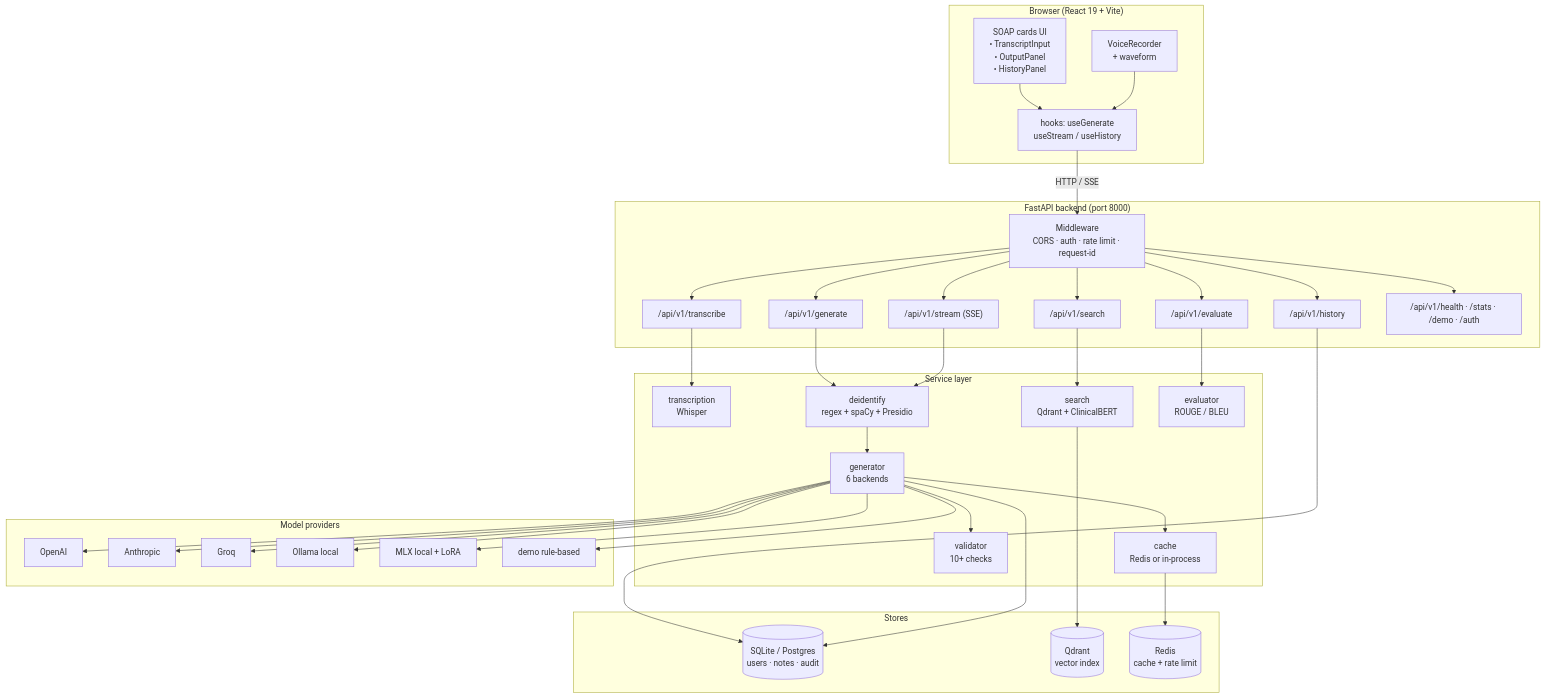
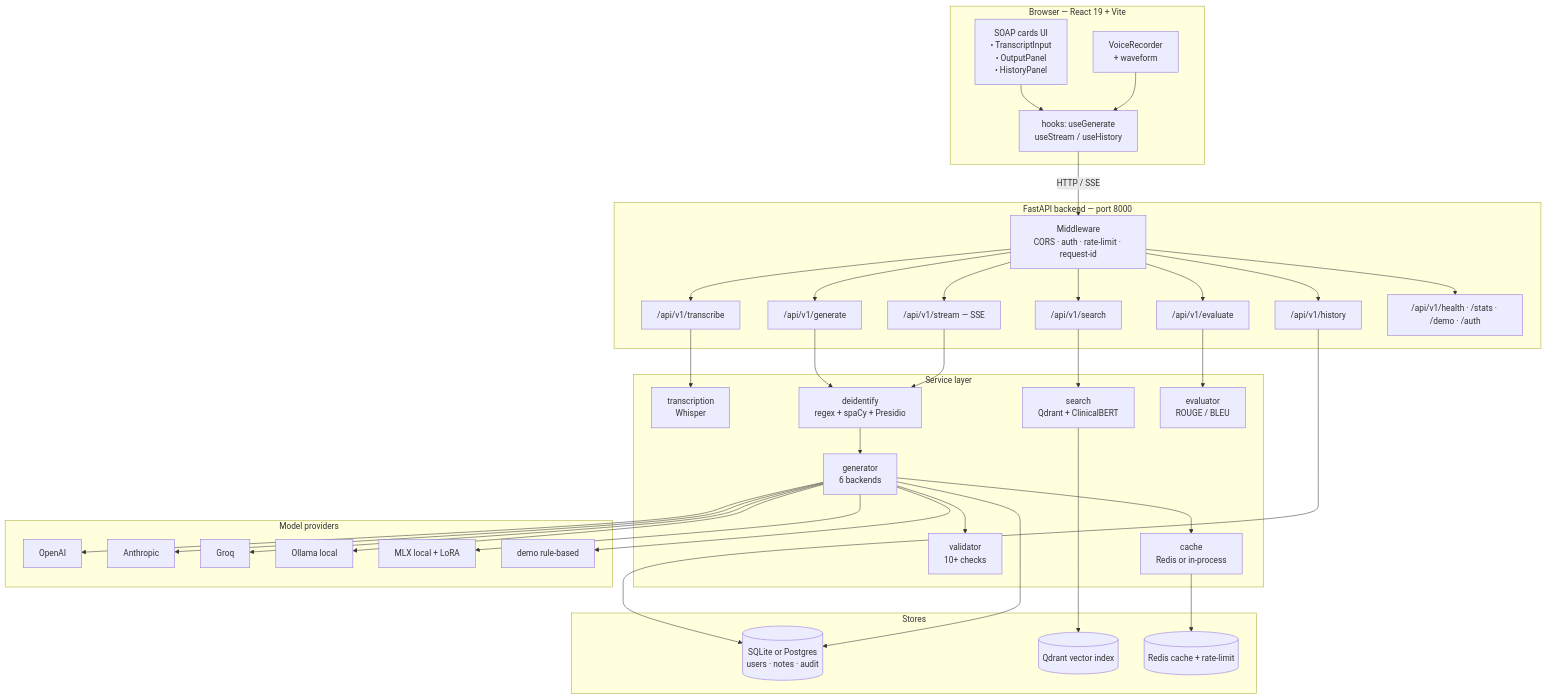
The second of 6 diagrams in README.md (sushildalavi/SOAPFlow-Clinical-Transcript-to-SOAP-Note-Platform), drawn with Mermaid before and after one commit. The commit also changed other lines of this file, not shown here.

Commit message:
harden mermaid: drop xychart-beta (was failing chunk-load), quote cylinder labels, depara sequence diagrams

````diff
--- a/README.md
+++ b/README.md
@@ -115,57 +115,57 @@
 ```mermaid
 flowchart TB
-    subgraph Client["Browser (React 19 + Vite)"]
-        UI[SOAP cards UI<br/>• TranscriptInput<br/>• OutputPanel<br/>• HistoryPanel]
-        REC[VoiceRecorder<br/>+ waveform]
-        HK[hooks: useGenerate<br/>useStream / useHistory]
+    subgraph Client["Browser — React 19 + Vite"]
+        UI["SOAP cards UI<br/>• TranscriptInput<br/>• OutputPanel<br/>• HistoryPanel"]
+        REC["VoiceRecorder<br/>+ waveform"]
+        HK["hooks: useGenerate<br/>useStream / useHistory"]
     end
 
-    subgraph API["FastAPI backend (port 8000)"]
-        MW[Middleware<br/>CORS · auth · rate limit · request-id]
+    subgraph API["FastAPI backend — port 8000"]
+        MW["Middleware<br/>CORS · auth · rate-limit · request-id"]
         R1["/api/v1/transcribe"]
         R2["/api/v1/generate"]
-        R3["/api/v1/stream (SSE)"]
+        R3["/api/v1/stream — SSE"]
         R4["/api/v1/history"]
         R5["/api/v1/search"]
         R6["/api/v1/evaluate"]
         R7["/api/v1/health · /stats · /demo · /auth"]
     end
 
     subgraph Services["Service layer"]
-        S1[transcription<br/>Whisper]
-        S2[deidentify<br/>regex + spaCy + Presidio]
-        S3[generator<br/>6 backends]
-        S4[validator<br/>10+ checks]
-        S5[cache<br/>Redis or in-process]
-        S6[search<br/>Qdrant + ClinicalBERT]
-        S7[evaluator<br/>ROUGE / BLEU]
+        S1["transcription<br/>Whisper"]
+        S2["deidentify<br/>regex + spaCy + Presidio"]
+        S3["generator<br/>6 backends"]
+        S4["validator<br/>10+ checks"]
+        S5["cache<br/>Redis or in-process"]
+        S6["search<br/>Qdrant + ClinicalBERT"]
+        S7["evaluator<br/>ROUGE / BLEU"]
     end
 
     subgraph Stores["Stores"]
-        DB[(SQLite / Postgres<br/>users · notes · audit)]
-        Q[(Qdrant<br/>vector index)]
-        RD[(Redis<br/>cache + rate limit)]
+        DB[("SQLite or Postgres<br/>users · notes · audit")]
+        Q[("Qdrant vector index")]
+        RD[("Redis cache + rate-limit")]
     end
 
     subgraph LLM["Model providers"]
         P1[OpenAI]
         P2[Anthropic]
         P3[Groq]
         P4[Ollama local]
         P5[MLX local + LoRA]
         P6[demo rule-based]
     end
 
     UI --> HK
     REC --> HK
     HK -->|HTTP / SSE| MW
     MW --> R1 & R2 & R3 & R4 & R5 & R6 & R7
     R1 --> S1
     R2 & R3 --> S2 --> S3 --> S4
     R4 --> DB
     R5 --> S6 --> Q
     R6 --> S7
     S3 --> S5 --> RD
     S3 --> P1 & P2 & P3 & P4 & P5 & P6
     S3 --> DB
 ```
````
